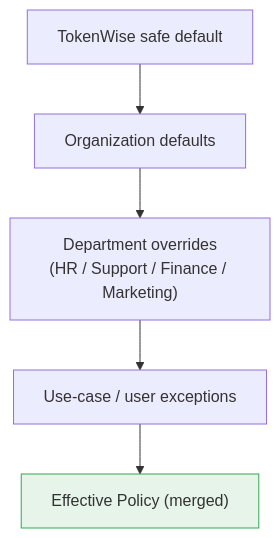
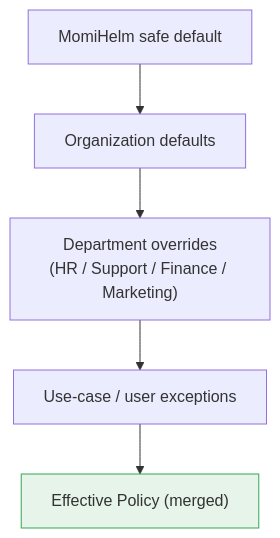
The second of 4 diagrams in docs/policy-intelligence-design.md (tomeryoel/tokenwise), drawn with Mermaid before and after one commit. The commit also changed other lines of this file and 43 other files, not shown here.

Commit message:
refactor(brand): rename product surfaces to MomiHelm

````diff
--- a/docs/policy-intelligence-design.md
+++ b/docs/policy-intelligence-design.md
@@ -127,10 +127,10 @@
 ```mermaid
 flowchart TB
-    SD["TokenWise safe default"] --> ORG["Organization defaults"]
+    SD["MomiHelm safe default"] --> ORG["Organization defaults"]
     ORG --> DEPT["Department overrides\n(HR / Support / Finance / Marketing)"]
     DEPT --> EXC["Use-case / user exceptions"]
     EXC --> EFF["Effective Policy (merged)"]
 
     classDef win fill:#e6f4ea,stroke:#34a853;
     class EFF win;
 ```
````
